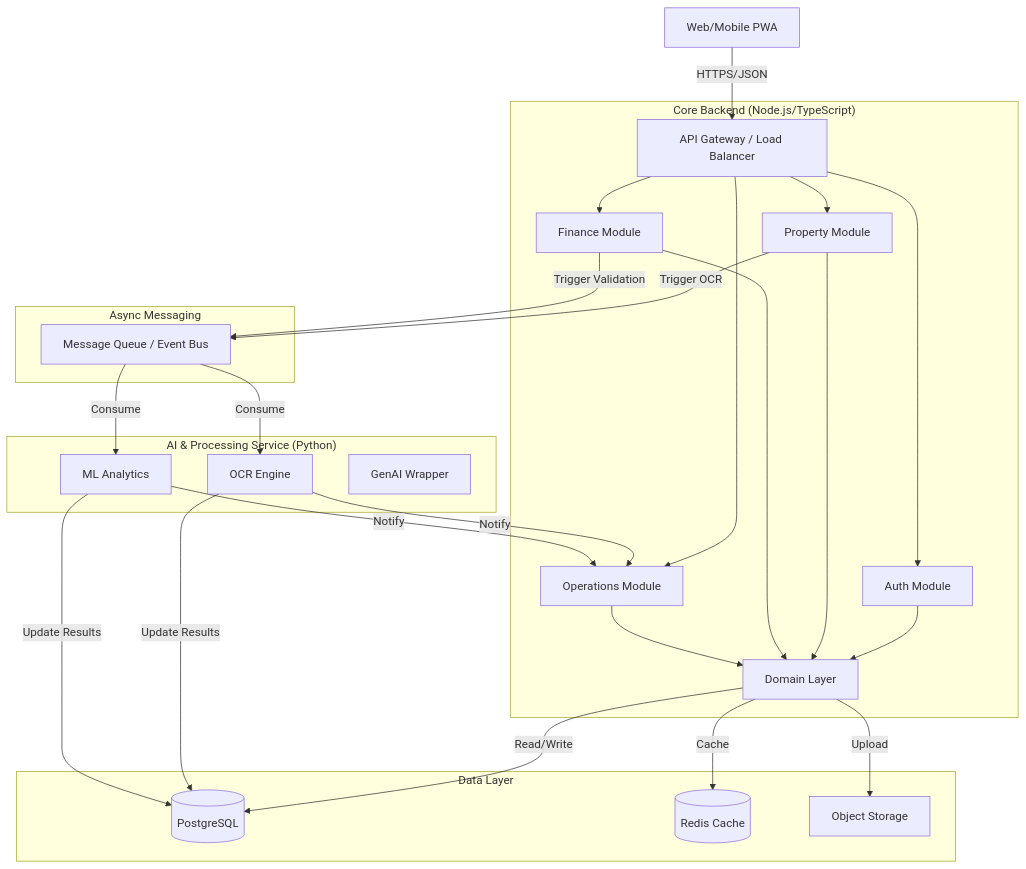
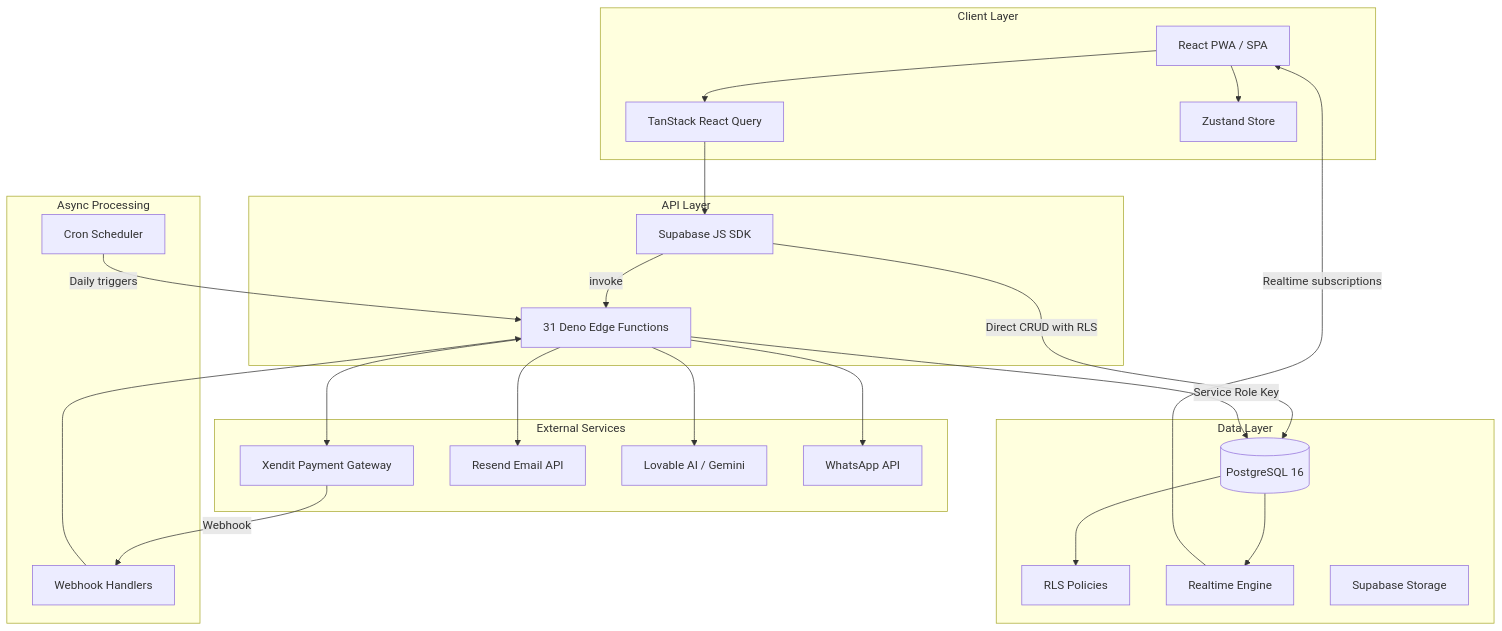
One commit to itsramaa/Sistem-Hunian changed the first of 19 diagrams in docs/backend-architecture.md. Above: the diagram before and after it, drawn with Mermaid. The commit also changed other lines of this file, not shown here.

````diff
--- a/docs/backend-architecture.md
+++ b/docs/backend-architecture.md
@@ -18,42 +86,49 @@
 ```mermaid
 graph TD
-    Client[Web/Mobile PWA] -->|HTTPS/JSON| Gateway[API Gateway / Load Balancer]
-    
-    subgraph "Core Backend (Node.js/TypeScript)"
-        Gateway --> Auth[Auth Module]
-        Gateway --> Prop[Property Module]
-        Gateway --> Fin[Finance Module]
-        Gateway --> Ops[Operations Module]
-        
-        Auth & Prop & Fin & Ops --> Domain[Domain Layer]
-    end
-    
-    subgraph "AI & Processing Service (Python)"
-        OCR[OCR Engine]
-        ML[ML Analytics]
-        GenAI[GenAI Wrapper]
-    end
-    
-    subgraph "Data Layer"
-        PG[(PostgreSQL)]
-        Redis[(Redis Cache)]
-        S3[Object Storage]
-    end
-    
-    subgraph "Async Messaging"
-        Queue[Message Queue / Event Bus]
+    subgraph "Client Layer"
+        PWA[React PWA / SPA]
+        RQ[TanStack React Query]
+        ZS[Zustand Store]
     end
 
-    %% Interactions
-    Domain -->|Read/Write| PG
-    Domain -->|Cache| Redis
-    Domain -->|Upload| S3
-    
-    %% Async Flows
-    Prop -->|Trigger OCR| Queue
-    Fin -->|Trigger Validation| Queue
-    Queue -->|Consume| OCR
-    Queue -->|Consume| ML
-    OCR & ML -->|Update Results| PG
-    OCR & ML -->|Notify| Ops
+    subgraph "API Layer"
+        SDK[Supabase JS SDK]
+        EF[31 Deno Edge Functions]
+    end
+
+    subgraph "Data Layer"
+        PG[(PostgreSQL 16)]
+        RLS[RLS Policies]
+        RT[Realtime Engine]
+        ST[Supabase Storage]
+    end
+
+    subgraph "External Services"
+        XEN[Xendit Payment Gateway]
+        RSN[Resend Email API]
+        LAI[Lovable AI / Gemini]
+        WA[WhatsApp API]
+    end
+
+    subgraph "Async Processing"
+        CRON[Cron Scheduler]
+        WH[Webhook Handlers]
+    end
+
+    PWA --> RQ
+    PWA --> ZS
+    RQ --> SDK
+    SDK -->|Direct CRUD with RLS| PG
+    SDK -->|invoke| EF
+    EF -->|Service Role Key| PG
+    EF --> XEN
+    EF --> RSN
+    EF --> LAI
+    EF --> WA
+    PG --> RLS
+    PG --> RT
+    RT -->|Realtime subscriptions| PWA
+    XEN -->|Webhook| WH
+    WH --> EF
+    CRON -->|Daily triggers| EF
 ```
````
